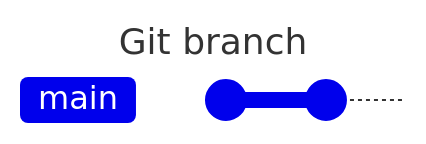
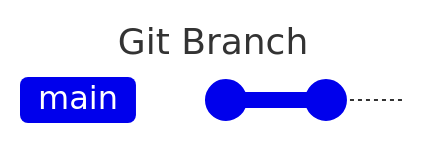
Before and after one commit to mikesh-maharjan-hyde/git-init: the first of 5 diagrams in readme.md, drawn with Mermaid. The commit also changed other lines of this file, not shown here. Commit ids are hidden.

````diff
--- a/readme.md
+++ b/readme.md
@@ -15,8 +25,8 @@
 ```mermaid
 ---
-title: Git branch
+title: Git Branch
 ---
 gitGraph
     commit
     commit
 ```
````
